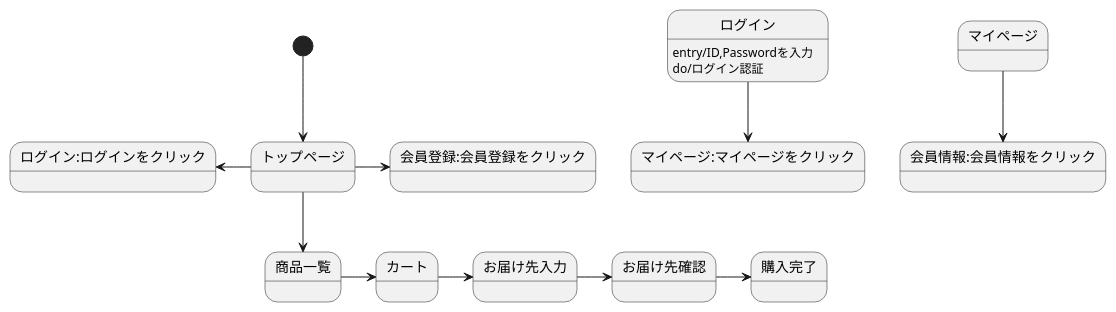
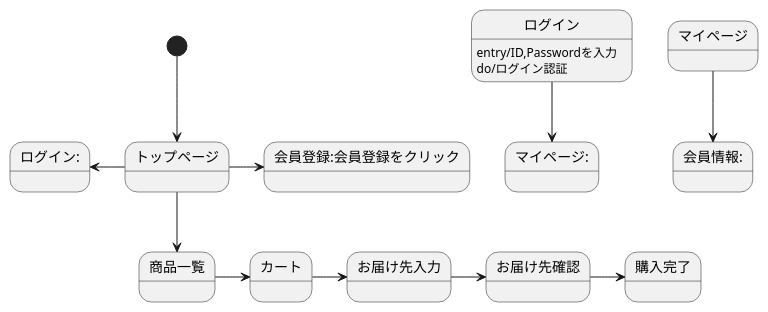
Before and after one commit to Aso2001163/2021sys-design-2: the diagram in stm01.md, drawn with PlantUML.

````diff
--- a/stm01.md
+++ b/stm01.md
@@ -1,16 +1,16 @@
 ```uml
 @startuml
 [*] --> トップページ
 トップページ -> 会員登録:会員登録をクリック
-トップページ -left-> ログイン:ログインをクリック
-ログイン -down-> マイページ:マイページをクリック
+トップページ -left-> ログイン:
+ログイン -down-> マイページ:
 ログイン:entry/ID,Passwordを入力
 ログイン:do/ログイン認証
-マイページ -down-> 会員情報:会員情報をクリック
+マイページ -down-> 会員情報:
 トップページ --> 商品一覧
 商品一覧 -> カート
 カート -> お届け先入力
 お届け先入力 -> お届け先確認
 お届け先確認 -> 購入完了
 @enduml
 ```
````
